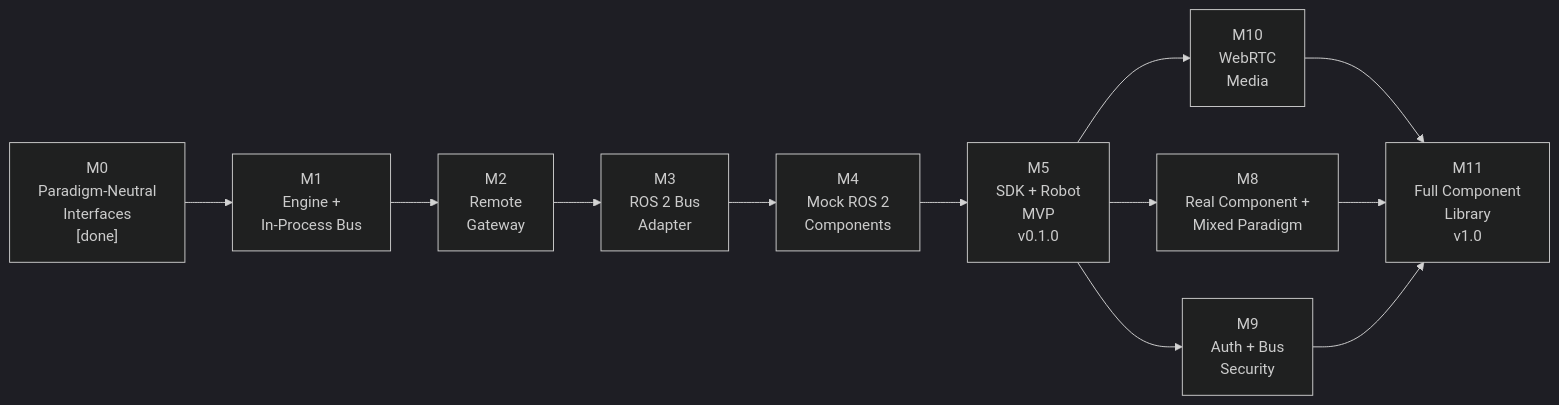
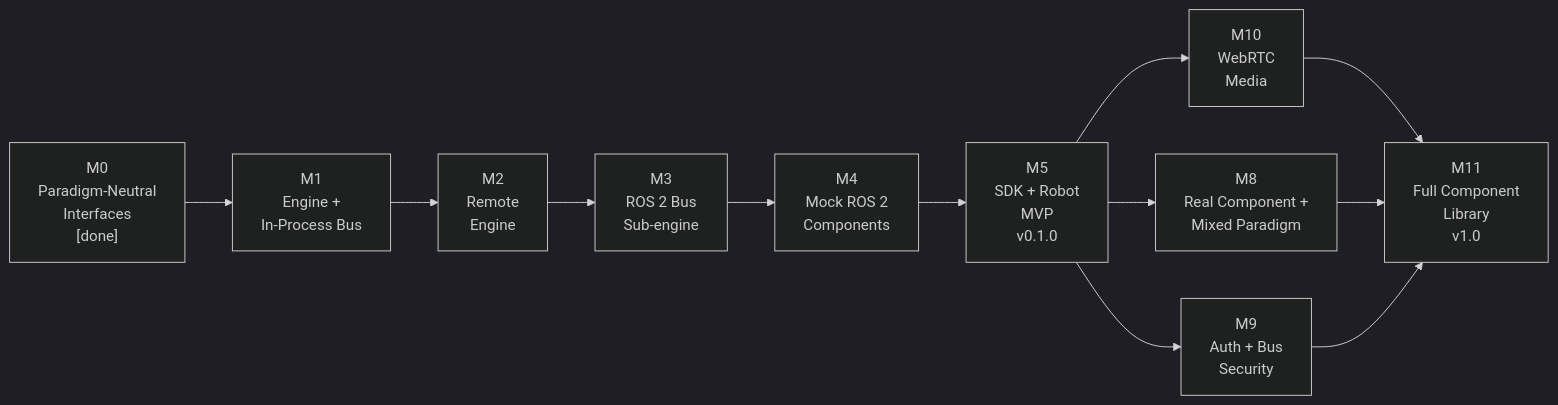
Before and after one commit to openrois/openrois: diagram 17 of 17 in docs/white-paper.md, drawn with Mermaid (dark theme). The commit also changed other lines of this file and 48 other files, not shown here.

First line of the commit message:
docs: align architecture diagram and terminology across public docs

````diff
--- a/docs/white-paper.md
+++ b/docs/white-paper.md
@@ -1597,14 +1615,14 @@
 ```mermaid
 flowchart LR
     M0["M0<br/>Paradigm-Neutral<br/>Interfaces<br/>[done]"] --> M1["M1<br/>Engine +<br/>In-Process Bus"]
-    M1 --> M2["M2<br/>Remote<br/>Gateway"]
-    M2 --> M3["M3<br/>ROS 2 Bus<br/>Adapter"]
+    M1 --> M2["M2<br/>Remote<br/>Engine"]
+    M2 --> M3["M3<br/>ROS 2 Bus<br/>Sub-engine"]
     M3 --> M4["M4<br/>Mock ROS 2<br/>Components"]
     M4 --> M5["M5<br/>SDK + Robot<br/>MVP<br/>v0.1.0"]
     M5 --> M8["M8<br/>Real Component +<br/>Mixed Paradigm"]
     M5 --> M9["M9<br/>Auth + Bus<br/>Security"]
     M5 --> M10["M10<br/>WebRTC<br/>Media"]
     M10 --> M11["M11<br/>Full Component<br/>Library<br/>v1.0"]
     M8 --> M11
     M9 --> M11
 ```
````
